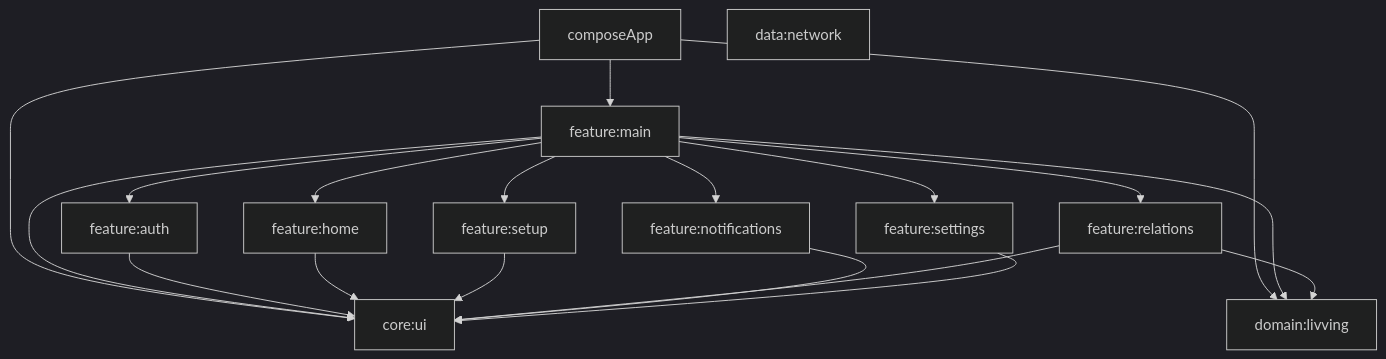
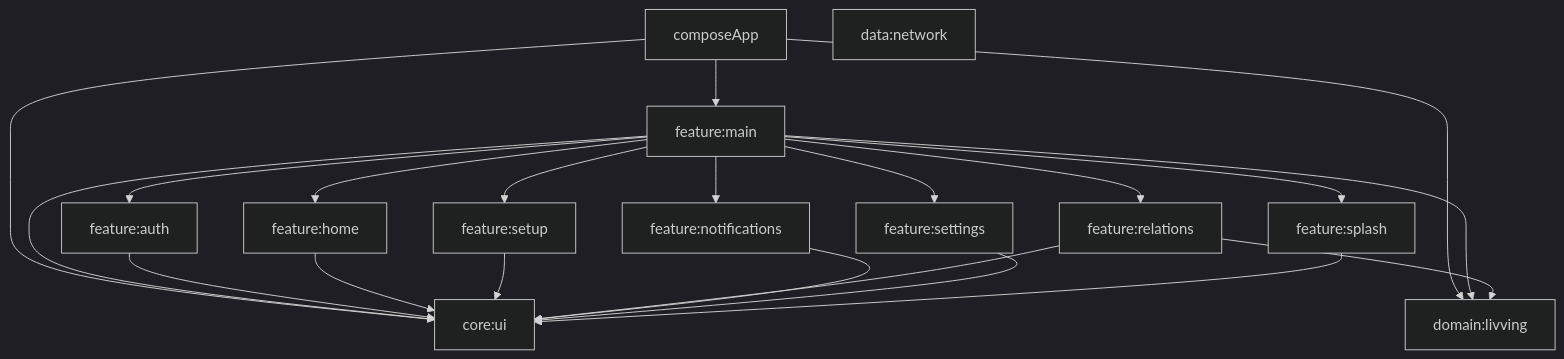
One commit to mrohseungjun/livving changed the diagram in README.md. Above: the diagram before and after it, drawn with Mermaid (dark theme). The commit also changed other lines of this file and 12 other files, not shown here.

````diff
--- a/README.md
+++ b/README.md
@@ -33,25 +33,27 @@
 ```mermaid
 graph TD
     composeApp --> feature_main[feature:main]
     composeApp --> core_ui[core:ui]
     composeApp --> domain_livving[domain:livving]
 
     feature_main --> feature_auth[feature:auth]
     feature_main --> feature_home[feature:home]
     feature_main --> feature_setup[feature:setup]
     feature_main --> feature_relations[feature:relations]
     feature_main --> feature_notifications[feature:notifications]
     feature_main --> feature_settings[feature:settings]
+    feature_main --> feature_splash[feature:splash]
     feature_main --> domain_livving
     feature_main --> core_ui
 
     feature_auth --> core_ui
     feature_home --> core_ui
     feature_setup --> core_ui
     feature_relations --> core_ui
     feature_relations --> domain_livving
     feature_notifications --> core_ui
     feature_settings --> core_ui
+    feature_splash --> core_ui
 
     data_network[data:network]
 ```
````
